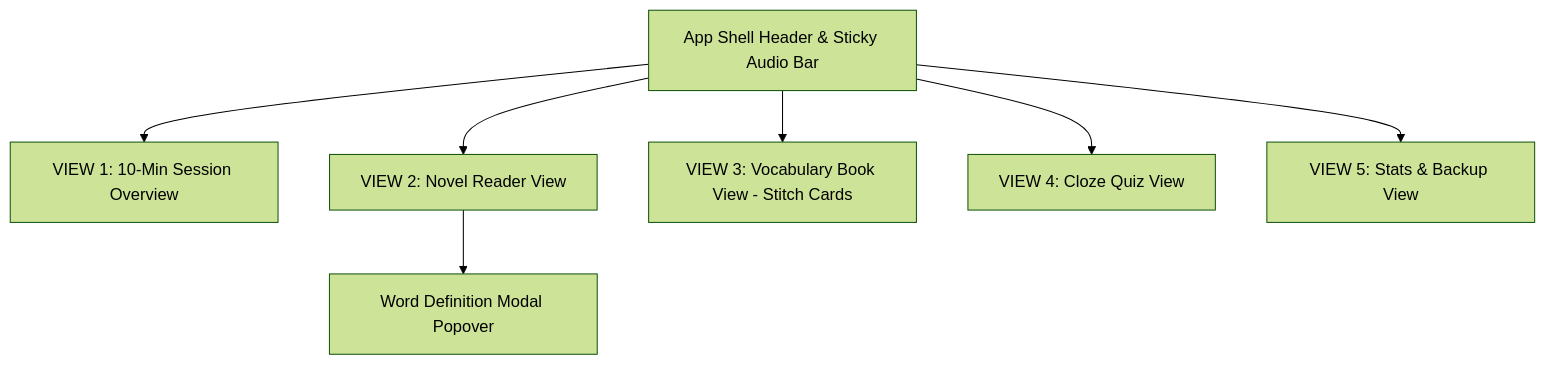
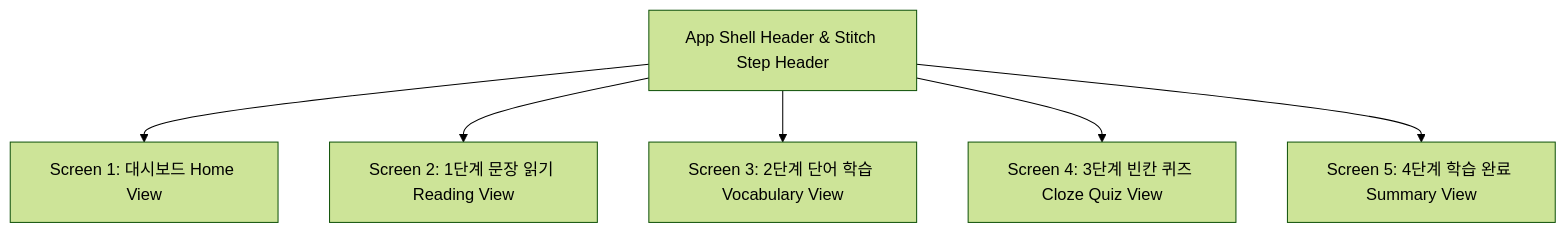
The diagram in DESIGN.md (leesuna/07_Giver_Eng), drawn with Mermaid (forest theme) before and after one commit. The commit also changed other lines of this file and 4 other files, not shown here.

Commit message:
feat: complete 100% implementation of updated Stitch Pink/Rose 5-screen design board

````diff
--- a/DESIGN.md
+++ b/DESIGN.md
@@ -72,11 +29,9 @@
 ```mermaid
 graph TD
-    AppShell[App Shell Header & Sticky Audio Bar]
-    AppShell --> View1[VIEW 1: 10-Min Session Overview]
-    AppShell --> View2[VIEW 2: Novel Reader View]
-    AppShell --> View3[VIEW 3: Vocabulary Book View - Stitch Cards]
-    AppShell --> View4[VIEW 4: Cloze Quiz View]
-    AppShell --> View5[VIEW 5: Stats & Backup View]
-
-    View2 --> Modal[Word Definition Modal Popover]
+    AppShell[App Shell Header & Stitch Step Header]
+    AppShell --> View1[Screen 1: 대시보드 Home View]
+    AppShell --> View2[Screen 2: 1단계 문장 읽기 Reading View]
+    AppShell --> View3[Screen 3: 2단계 단어 학습 Vocabulary View]
+    AppShell --> View4[Screen 4: 3단계 빈칸 퀴즈 Cloze Quiz View]
+    AppShell --> View5[Screen 5: 4단계 학습 완료 Summary View]
 ```
````
